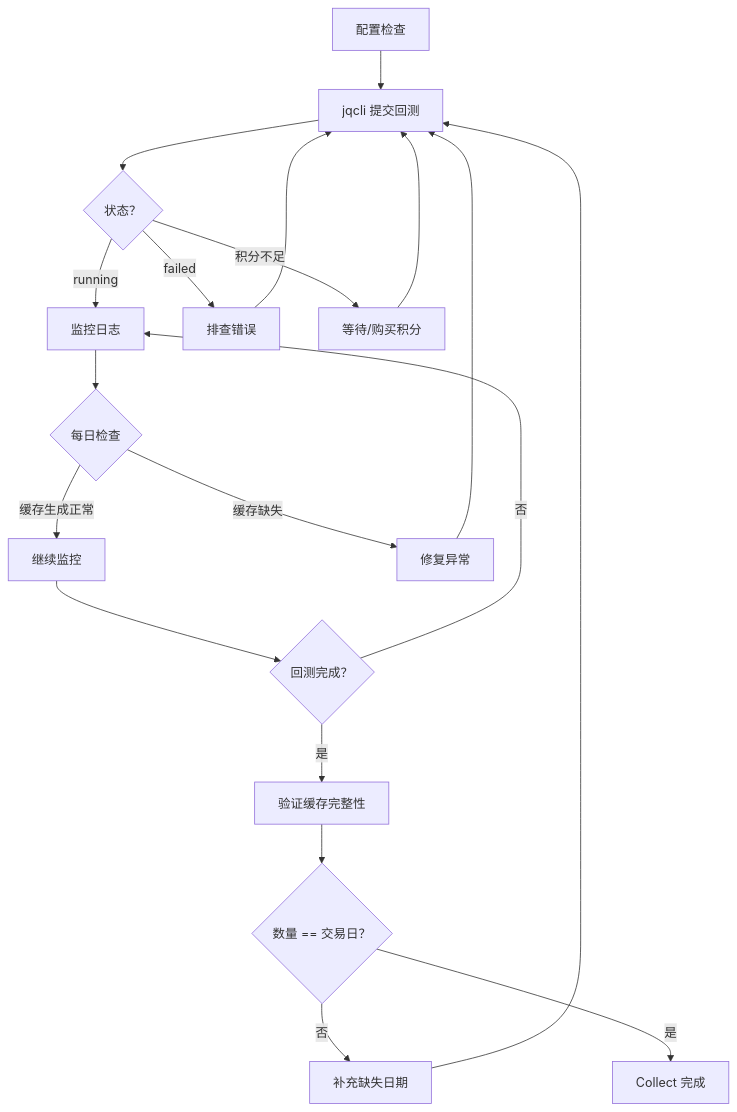
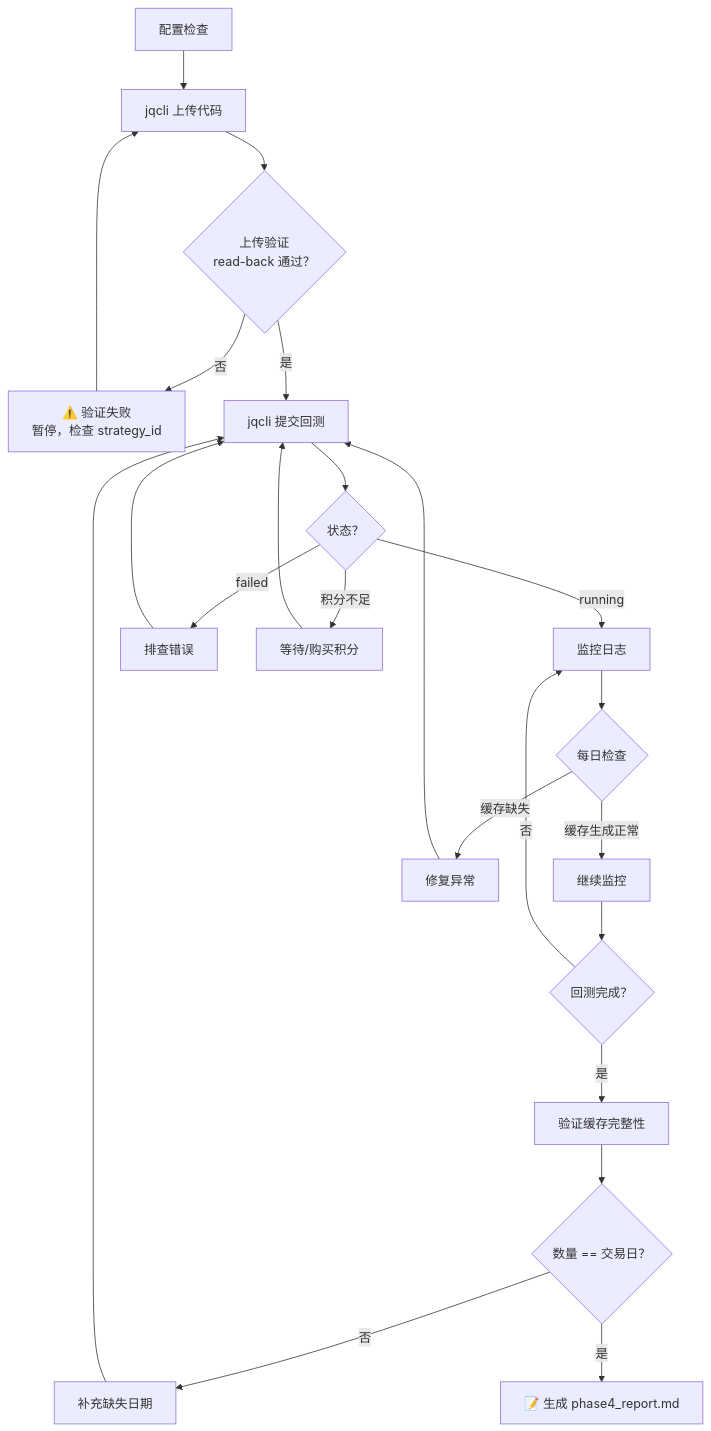
Before and after one commit to Joseph2Young/skills-monorepo: the fifth of 11 diagrams in project/jq-full-optimizer/references/SOP_流程图.md, drawn with Mermaid. The commit also changed other lines of this file and 2 other files, not shown here.

Commit message:
update: jq-full-optimizer SOP 流程图与 v1 文档

````diff
--- a/project/jq-full-optimizer/references/SOP_流程图.md
+++ b/project/jq-full-optimizer/references/SOP_流程图.md
@@ -208,21 +243,25 @@
 ```mermaid
 flowchart TD
-    A[配置检查] --> B[jqcli 提交回测]
-    B --> C{状态？}
-    C -->|running| D[监控日志]
-    C -->|failed| E[排查错误]
-    C -->|积分不足| F[等待/购买积分]
-    E --> B
-    F --> B
-    D --> G{每日检查}
-    G -->|缓存生成正常| H[继续监控]
-    G -->|缓存缺失| I[修复异常]
-    I --> B
-    H --> J{回测完成？}
-    J -->|否| D
-    J -->|是| K[验证缓存完整性]
-    K --> L{数量 == 交易日？}
-    L -->|否| M[补充缺失日期]
-    M --> B
-    L -->|是| N[Collect 完成]
+    A[配置检查] --> B[jqcli 上传代码]
+    B --> C{上传验证<br/>read-back 通过？}
+    C -->|否| C1[⚠️ 验证失败<br/>暂停，检查 strategy_id]
+    C1 --> B
+    C -->|是| D[jqcli 提交回测]
+    D --> E{状态？}
+    E -->|running| F[监控日志]
+    E -->|failed| G[排查错误]
+    E -->|积分不足| H[等待/购买积分]
+    G --> D
+    H --> D
+    F --> I{每日检查}
+    I -->|缓存生成正常| J[继续监控]
+    I -->|缓存缺失| K[修复异常]
+    K --> D
+    J --> L{回测完成？}
+    L -->|否| F
+    L -->|是| M[验证缓存完整性]
+    M --> N{数量 == 交易日？}
+    N -->|否| O[补充缺失日期]
+    O --> D
+    N -->|是| P[📝 生成 phase4_report.md]
 ```
````
